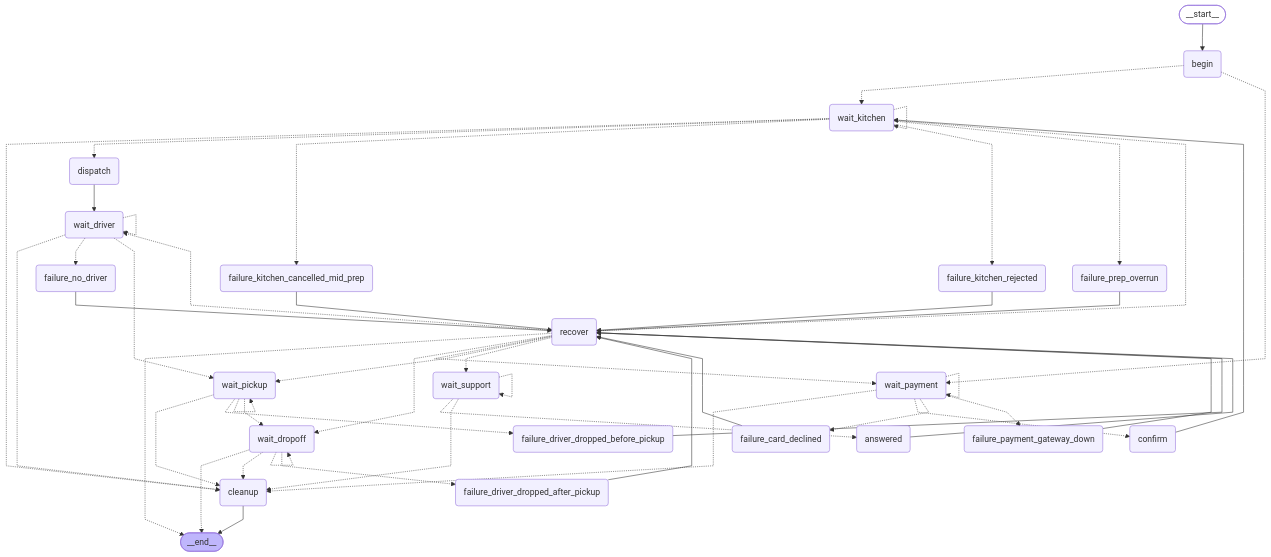
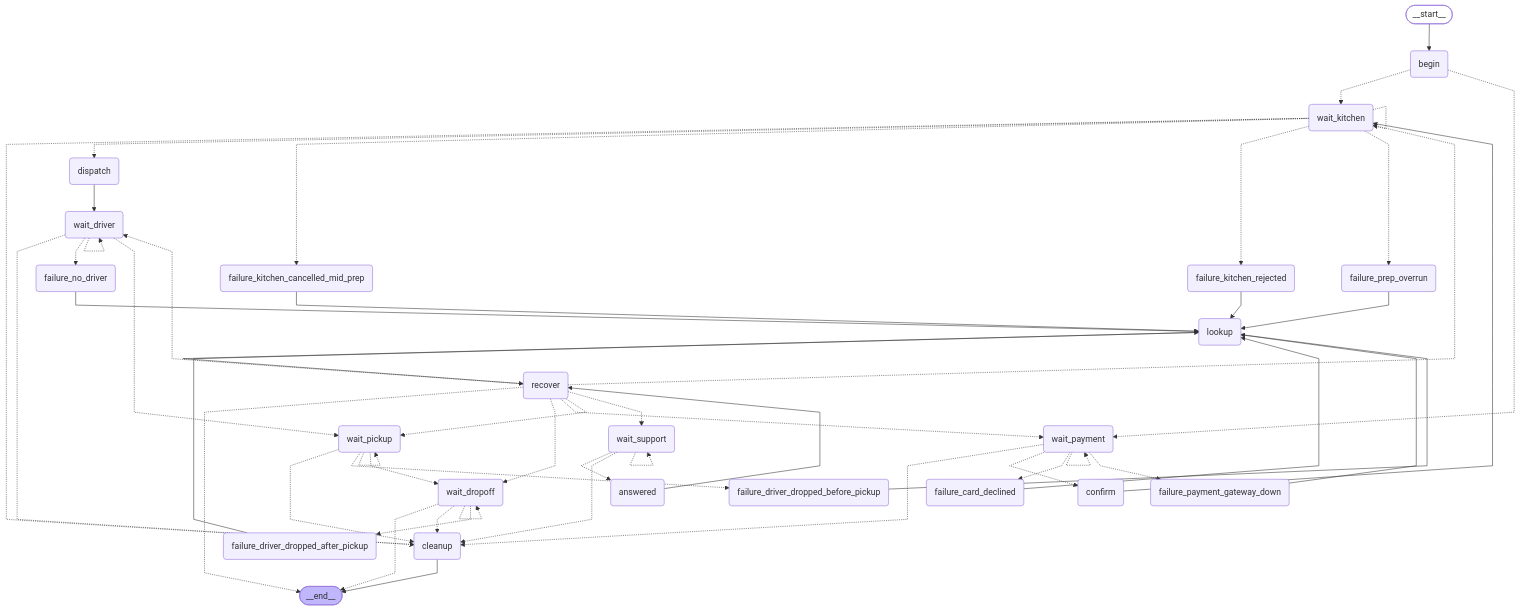
The diagram in foood/langgraph_engine.mmd (LangGOAP/foood), drawn with Mermaid before and after one commit. The commit also changed 5 other files, not shown here.

```diff
--- a/foood/langgraph_engine.mmd
+++ b/foood/langgraph_engine.mmd
@@ -1,79 +1,81 @@
 ---
 config:
   flowchart:
     curve: linear
 ---
 graph TD;
 	__start__([<p>__start__</p>]):::first
 	begin(begin)
 	confirm(confirm)
 	dispatch(dispatch)
+	lookup(lookup)
 	recover(recover)
 	cleanup(cleanup)
 	answered(answered)
 	wait_payment(wait_payment)
 	wait_kitchen(wait_kitchen)
 	wait_driver(wait_driver)
 	wait_pickup(wait_pickup)
 	wait_dropoff(wait_dropoff)
 	wait_support(wait_support)
 	failure_card_declined(failure_card_declined)
 	failure_payment_gateway_down(failure_payment_gateway_down)
 	failure_kitchen_rejected(failure_kitchen_rejected)
 	failure_kitchen_cancelled_mid_prep(failure_kitchen_cancelled_mid_prep)
 	failure_prep_overrun(failure_prep_overrun)
 	failure_no_driver(failure_no_driver)
 	failure_driver_dropped_before_pickup(failure_driver_dropped_before_pickup)
 	failure_driver_dropped_after_pickup(failure_driver_dropped_after_pickup)
 	__end__([<p>__end__</p>]):::last
 	__start__ --> begin;
 	answered --> recover;
 	begin -.-> wait_kitchen;
 	begin -.-> wait_payment;
 	confirm --> wait_kitchen;
 	dispatch --> wait_driver;
-	failure_card_declined --> recover;
-	failure_driver_dropped_after_pickup --> recover;
-	failure_driver_dropped_before_pickup --> recover;
-	failure_kitchen_cancelled_mid_prep --> recover;
-	failure_kitchen_rejected --> recover;
-	failure_no_driver --> recover;
-	failure_payment_gateway_down --> recover;
-	failure_prep_overrun --> recover;
+	failure_card_declined --> lookup;
+	failure_driver_dropped_after_pickup --> lookup;
+	failure_driver_dropped_before_pickup --> lookup;
+	failure_kitchen_cancelled_mid_prep --> lookup;
+	failure_kitchen_rejected --> lookup;
+	failure_no_driver --> lookup;
+	failure_payment_gateway_down --> lookup;
+	failure_prep_overrun --> lookup;
+	lookup --> recover;
 	recover -.-> __end__;
 	recover -.-> wait_driver;
 	recover -.-> wait_dropoff;
 	recover -.-> wait_kitchen;
 	recover -.-> wait_payment;
 	recover -.-> wait_pickup;
 	recover -.-> wait_support;
 	wait_driver -.-> cleanup;
 	wait_driver -.-> failure_no_driver;
 	wait_driver -.-> wait_pickup;
 	wait_dropoff -.-> __end__;
 	wait_dropoff -.-> cleanup;
 	wait_dropoff -.-> failure_driver_dropped_after_pickup;
 	wait_kitchen -.-> cleanup;
 	wait_kitchen -.-> dispatch;
 	wait_kitchen -.-> failure_kitchen_cancelled_mid_prep;
 	wait_kitchen -.-> failure_kitchen_rejected;
 	wait_kitchen -.-> failure_prep_overrun;
 	wait_payment -.-> cleanup;
 	wait_payment -.-> confirm;
 	wait_payment -.-> failure_card_declined;
 	wait_payment -.-> failure_payment_gateway_down;
 	wait_pickup -.-> cleanup;
 	wait_pickup -.-> failure_driver_dropped_before_pickup;
 	wait_pickup -.-> wait_dropoff;
 	wait_support -.-> answered;
 	wait_support -.-> cleanup;
 	cleanup --> __end__;
 	wait_driver -.-> wait_driver;
 	wait_dropoff -.-> wait_dropoff;
 	wait_kitchen -.-> wait_kitchen;
 	wait_payment -.-> wait_payment;
 	wait_pickup -.-> wait_pickup;
 	wait_support -.-> wait_support;
 	classDef default fill:#f2f0ff,line-height:1.2
 	classDef first fill-opacity:0
 	classDef last fill:#bfb6fc
```
